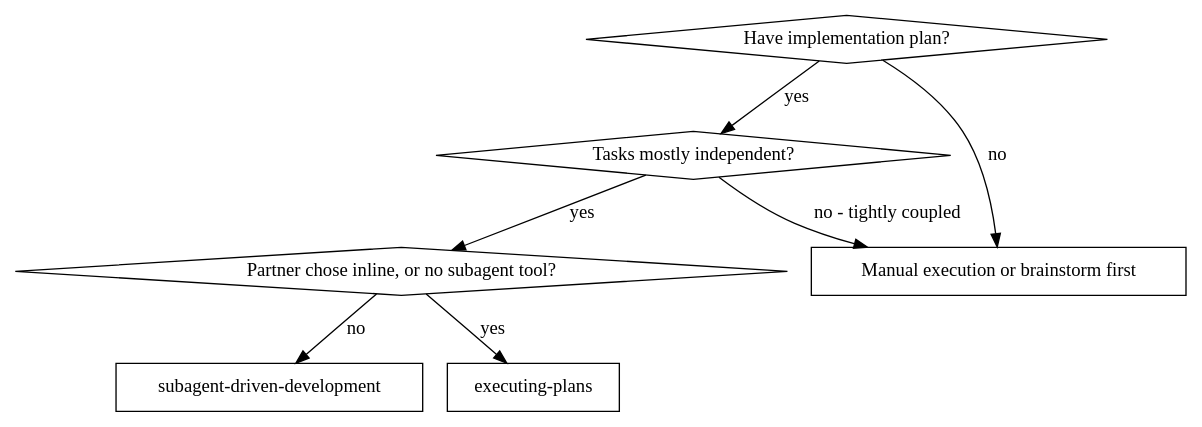
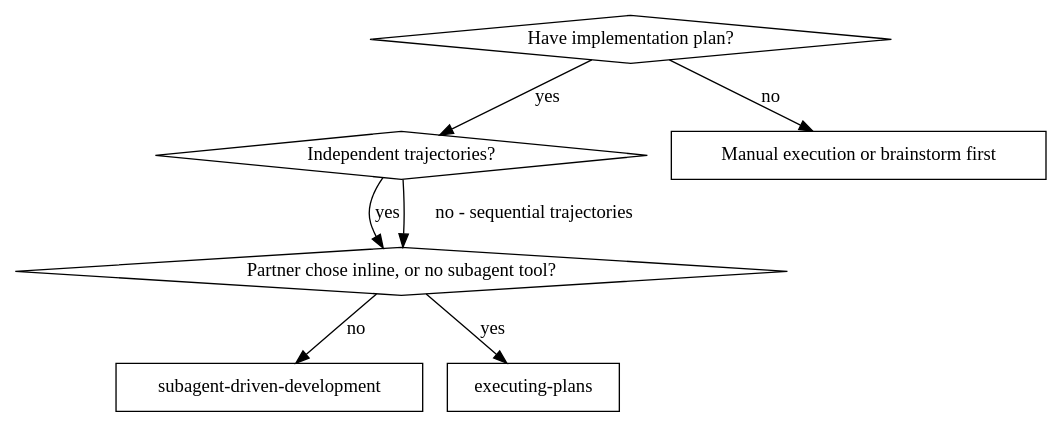
The first of 2 diagrams in skills/subagent-driven-development/SKILL.md (obra/superpowers), drawn with Graphviz before and after one commit. The commit also changed other lines of this file and 13 other files, not shown here.

````diff
--- a/skills/subagent-driven-development/SKILL.md
+++ b/skills/subagent-driven-development/SKILL.md
@@ -45,17 +46,17 @@
 ```dot
 digraph when_to_use {
     "Have implementation plan?" [shape=diamond];
-    "Tasks mostly independent?" [shape=diamond];
+    "Independent trajectories?" [shape=diamond];
     "Partner chose inline, or no subagent tool?" [shape=diamond];
     "subagent-driven-development" [shape=box];
     "executing-plans" [shape=box];
     "Manual execution or brainstorm first" [shape=box];
 
-    "Have implementation plan?" -> "Tasks mostly independent?" [label="yes"];
+    "Have implementation plan?" -> "Independent trajectories?" [label="yes"];
     "Have implementation plan?" -> "Manual execution or brainstorm first" [label="no"];
-    "Tasks mostly independent?" -> "Partner chose inline, or no subagent tool?" [label="yes"];
-    "Tasks mostly independent?" -> "Manual execution or brainstorm first" [label="no - tightly coupled"];
+    "Independent trajectories?" -> "Partner chose inline, or no subagent tool?" [label="yes"];
+    "Independent trajectories?" -> "Partner chose inline, or no subagent tool?" [label="no - sequential trajectories"];
     "Partner chose inline, or no subagent tool?" -> "executing-plans" [label="yes"];
     "Partner chose inline, or no subagent tool?" -> "subagent-driven-development" [label="no"];
 }
 ```
````
